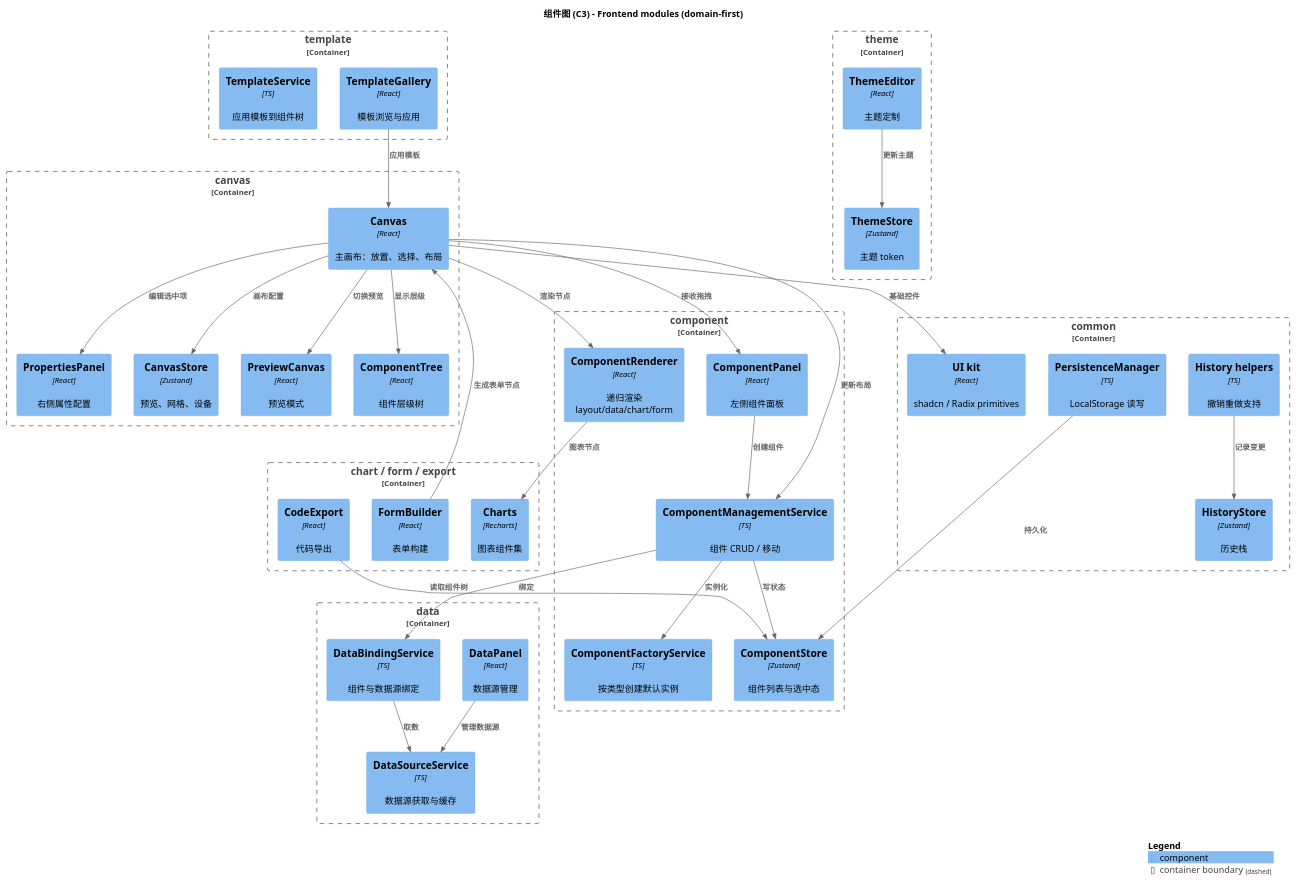
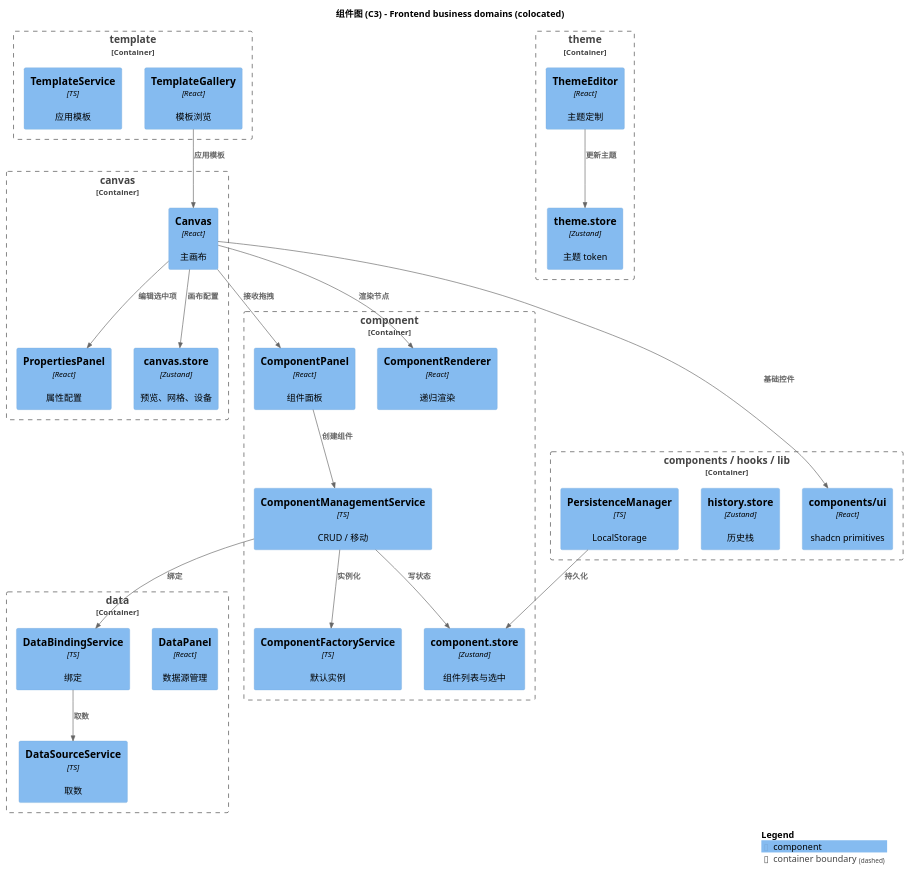
Before and after one commit to felixzhu97/low-code-platform: the diagram in docs/developer/c4-model/C3-Component-Frontend.puml, drawn with PlantUML. The commit also changed 307 other files, not shown here.

First line of the commit message:
refactor: organize src by business domain folders (#9)

```diff
--- a/docs/developer/c4-model/C3-Component-Frontend.puml
+++ b/docs/developer/c4-model/C3-Component-Frontend.puml
@@ -1,77 +1,59 @@
 @startuml C3-Component-Frontend
 !include https://raw.githubusercontent.com/plantuml-stdlib/C4-PlantUML/master/C4_Component.puml
 
 LAYOUT_WITH_LEGEND()
 
-title 组件图 (C3) - Frontend modules (domain-first)
+title 组件图 (C3) - Frontend business domains (colocated)
 
 Container_Boundary(canvasB, "canvas") {
-    Component(canvas, "Canvas", "React", "主画布：放置、选择、布局")
-    Component(preview, "PreviewCanvas", "React", "预览模式")
-    Component(tree, "ComponentTree", "React", "组件层级树")
-    Component(propsPanel, "PropertiesPanel", "React", "右侧属性配置")
-    Component(canvasStore, "CanvasStore", "Zustand", "预览、网格、设备")
+    Component(canvas, "Canvas", "React", "主画布")
+    Component(propsPanel, "PropertiesPanel", "React", "属性配置")
+    Component(canvasStore, "canvas.store", "Zustand", "预览、网格、设备")
 }
 
 Container_Boundary(componentB, "component") {
-    Component(panel, "ComponentPanel", "React", "左侧组件面板")
-    Component(renderer, "ComponentRenderer", "React", "递归渲染 layout/data/chart/form")
-    Component(compMgmt, "ComponentManagementService", "TS", "组件 CRUD / 移动")
-    Component(factory, "ComponentFactoryService", "TS", "按类型创建默认实例")
-    Component(compStore, "ComponentStore", "Zustand", "组件列表与选中态")
+    Component(panel, "ComponentPanel", "React", "组件面板")
+    Component(renderer, "ComponentRenderer", "React", "递归渲染")
+    Component(compMgmt, "ComponentManagementService", "TS", "CRUD / 移动")
+    Component(factory, "ComponentFactoryService", "TS", "默认实例")
+    Component(compStore, "component.store", "Zustand", "组件列表与选中")
 }
 
 Container_Boundary(templateB, "template") {
-    Component(templates, "TemplateGallery", "React", "模板浏览与应用")
-    Component(templateSvc, "TemplateService", "TS", "应用模板到组件树")
+    Component(templates, "TemplateGallery", "React", "模板浏览")
+    Component(templateSvc, "TemplateService", "TS", "应用模板")
 }
 
 Container_Boundary(themeB, "theme") {
     Component(themeEditor, "ThemeEditor", "React", "主题定制")
-    Component(themeStore, "ThemeStore", "Zustand", "主题 token")
+    Component(themeStore, "theme.store", "Zustand", "主题 token")
 }
 
 Container_Boundary(dataB, "data") {
     Component(dataPanel, "DataPanel", "React", "数据源管理")
-    Component(dataBinding, "DataBindingService", "TS", "组件与数据源绑定")
-    Component(dataSource, "DataSourceService", "TS", "数据源获取与缓存")
+    Component(dataBinding, "DataBindingService", "TS", "绑定")
+    Component(dataSource, "DataSourceService", "TS", "取数")
 }
 
-Container_Boundary(chartFormB, "chart / form / export") {
-    Component(charts, "Charts", "Recharts", "图表组件集")
-    Component(formBuilder, "FormBuilder", "React", "表单构建")
-    Component(codeExport, "CodeExport", "React", "代码导出")
+Container_Boundary(sharedB, "components / hooks / lib") {
+    Component(uiKit, "components/ui", "React", "shadcn primitives")
+    Component(historyStore, "history.store", "Zustand", "历史栈")
+    Component(persistence, "PersistenceManager", "TS", "LocalStorage")
 }
 
-Container_Boundary(commonB, "common") {
-    Component(historyStore, "HistoryStore", "Zustand", "历史栈")
-    Component(historySvc, "History helpers", "TS", "撤销重做支持")
-    Component(persistence, "PersistenceManager", "TS", "LocalStorage 读写")
-    Component(uiKit, "UI kit", "React", "shadcn / Radix primitives")
-}
-
-Rel(canvas, tree, "显示层级")
-Rel(canvas, preview, "切换预览")
 Rel(canvas, renderer, "渲染节点")
 Rel(canvas, panel, "接收拖拽")
 Rel(canvas, propsPanel, "编辑选中项")
-Rel(renderer, charts, "图表节点")
 Rel(templates, canvas, "应用模板")
 Rel(themeEditor, themeStore, "更新主题")
-Rel(formBuilder, canvas, "生成表单节点")
-Rel(codeExport, compStore, "读取组件树")
-
 Rel(panel, compMgmt, "创建组件")
-Rel(canvas, compMgmt, "更新布局")
 Rel(compMgmt, factory, "实例化")
 Rel(compMgmt, dataBinding, "绑定")
 Rel(dataBinding, dataSource, "取数")
 Rel(compMgmt, compStore, "写状态")
 Rel(canvas, canvasStore, "画布配置")
-Rel(historySvc, historyStore, "记录变更")
 Rel(persistence, compStore, "持久化")
 Rel(canvas, uiKit, "基础控件")
-Rel(dataPanel, dataSource, "管理数据源")
 
 SHOW_LEGEND()
 @enduml
```
